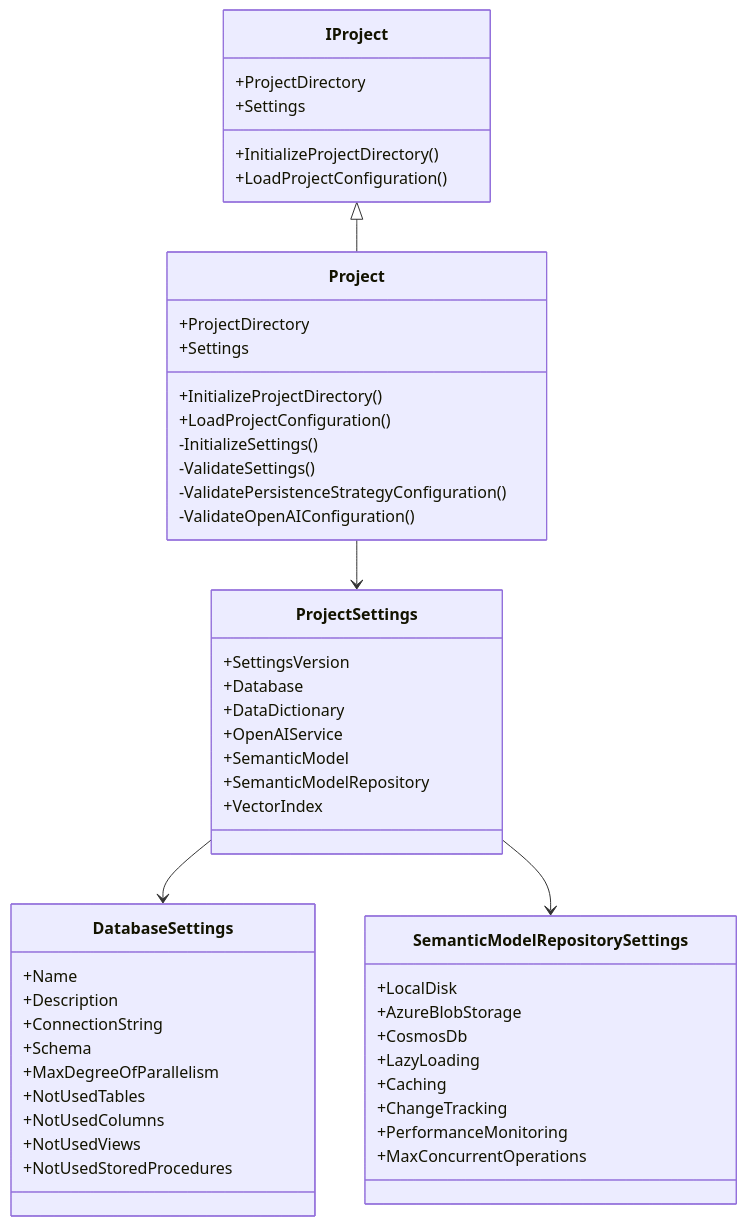
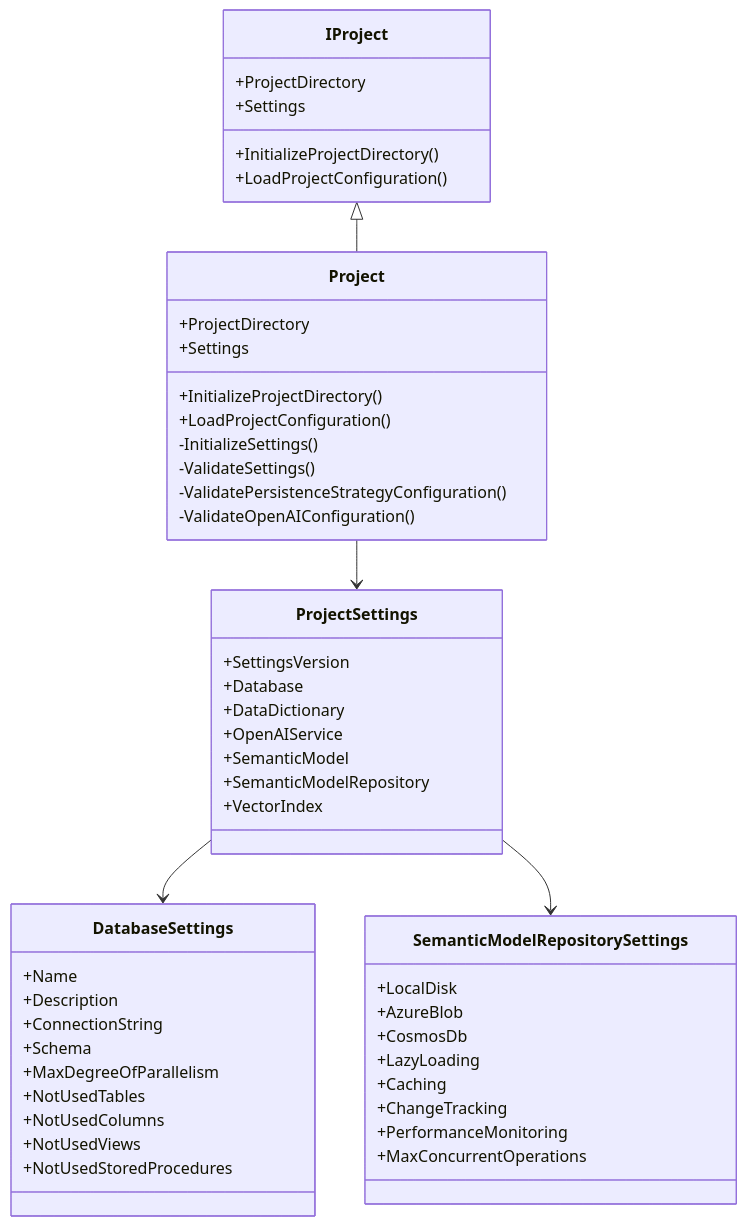
Before and after one commit to PlagueHO/genai-database-explorer: the second of 2 diagrams in docs/components/project-model-documentation.md, drawn with Mermaid. The commit also changed other lines of this file and 21 other files, not shown here.

First line of the commit message:
Refactor Azure Blob Storage Configuration

````diff
--- a/docs/components/project-model-documentation.md
+++ b/docs/components/project-model-documentation.md
@@ -105,58 +105,58 @@
 ```mermaid
 classDiagram
         class IProject {
             +ProjectDirectory
             +Settings
             +InitializeProjectDirectory()
             +LoadProjectConfiguration()
         }
 
         class Project {
             +ProjectDirectory
             +Settings
             +InitializeProjectDirectory()
             +LoadProjectConfiguration()
             -InitializeSettings()
             -ValidateSettings()
             -ValidatePersistenceStrategyConfiguration()
             -ValidateOpenAIConfiguration()
         }
 
         class ProjectSettings {
             +SettingsVersion
             +Database
             +DataDictionary
             +OpenAIService
             +SemanticModel
             +SemanticModelRepository
             +VectorIndex
         }
 
         class DatabaseSettings {
             +Name
             +Description
             +ConnectionString
             +Schema
             +MaxDegreeOfParallelism
             +NotUsedTables
             +NotUsedColumns
             +NotUsedViews
             +NotUsedStoredProcedures
         }
 
         class SemanticModelRepositorySettings {
             +LocalDisk
-            +AzureBlobStorage
+            +AzureBlob
             +CosmosDb
             +LazyLoading
             +Caching
             +ChangeTracking
             +PerformanceMonitoring
             +MaxConcurrentOperations
         }
 
     IProject <|-- Project
     Project --> ProjectSettings
     ProjectSettings --> DatabaseSettings
     ProjectSettings --> SemanticModelRepositorySettings
 ```
````
